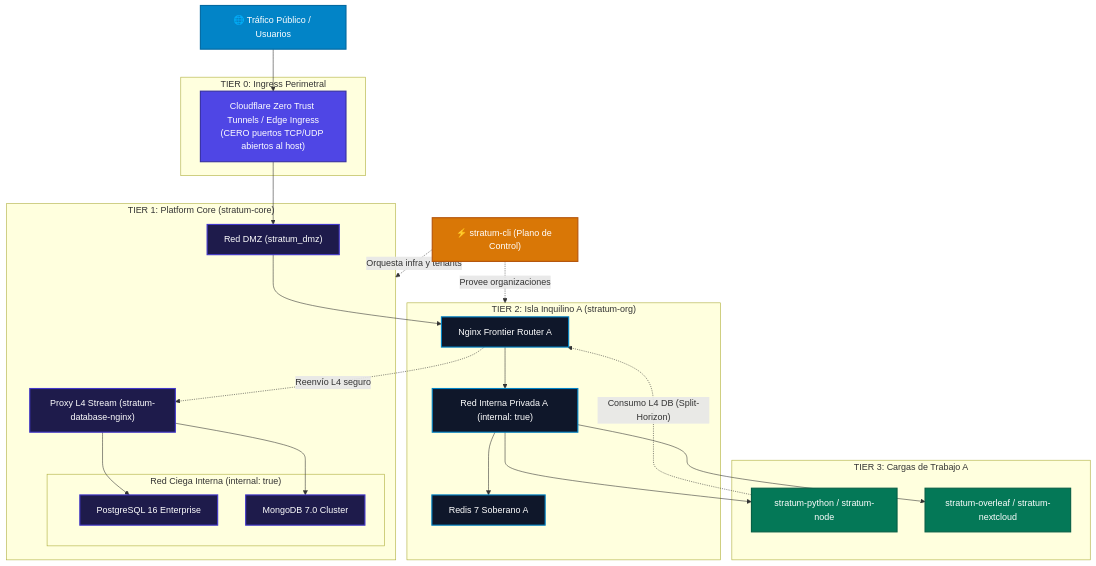
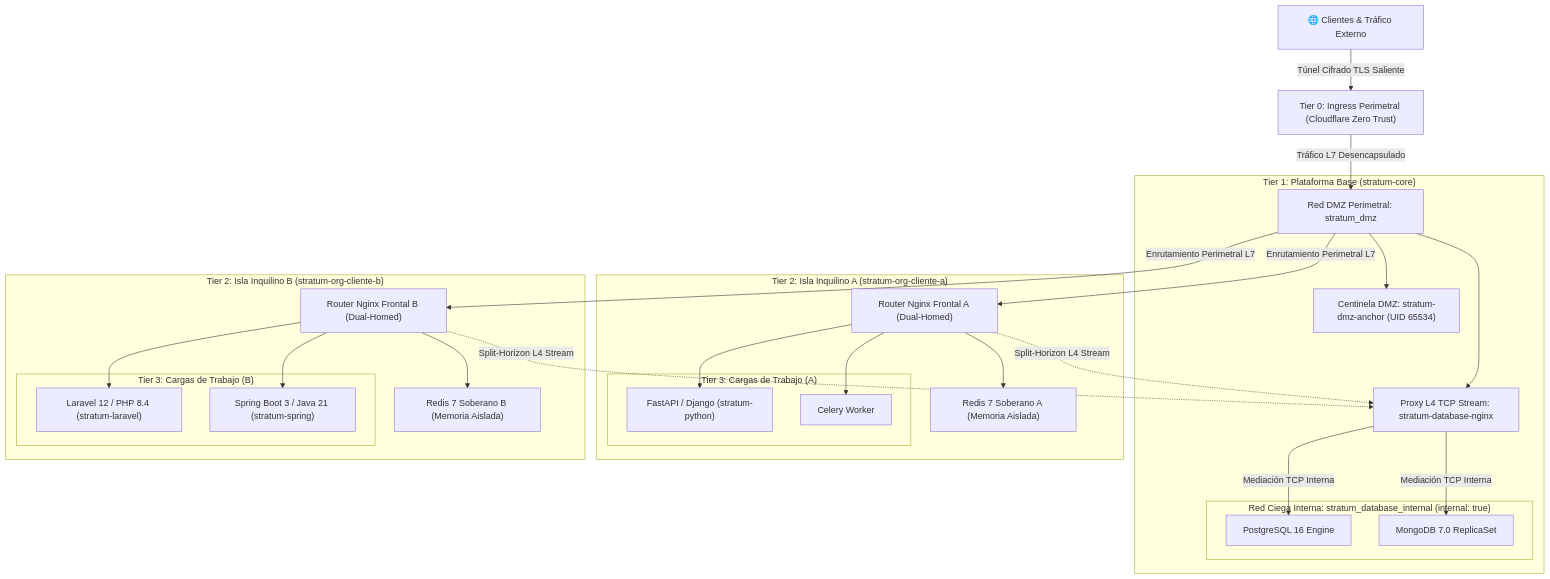
The first of 2 diagrams in README.md (isora-cloud-group/stratum-hub), drawn with Mermaid before and after one commit. The commit also changed other lines of this file and 6 other files, not shown here.

Commit message:
feat: release master architecture hub v2.0.0 with 4-tier zero-trust topology, ADRs, and decision guide

````diff
--- a/README.md
+++ b/README.md
@@ -82,52 +88,52 @@
 ```mermaid
 flowchart TD
-    classDef internet fill:#0284c7,stroke:#0369a1,stroke-width:2px,color:#fff;
-    classDef tier0 fill:#4f46e5,stroke:#3730a3,stroke-width:2px,color:#fff;
-    classDef tier1 fill:#1e1b4b,stroke:#4338ca,stroke-width:2px,color:#fff;
-    classDef tier2 fill:#0f172a,stroke:#0284c7,stroke-width:2px,color:#fff;
-    classDef tier3 fill:#047857,stroke:#065f46,stroke-width:2px,color:#fff;
-    classDef cli fill:#d97706,stroke:#b45309,stroke-width:2px,color:#fff;
-
-    USER["🌐 Tráfico Público / Usuarios"]:::internet
-    CLI["⚡ stratum-cli (Plano de Control)"]:::cli
-
-    subgraph TIER0 ["TIER 0: Ingress Perimetral"]
-        CF["Cloudflare Zero Trust Tunnels / Edge Ingress<br/>(CERO puertos TCP/UDP abiertos al host)"]:::tier0
+    EXT["🌐 Clientes & Tráfico Externo"] -->|"Túnel Cifrado TLS Saliente"| T0["Tier 0: Ingress Perimetral (Cloudflare Zero Trust)"]
+    
+    subgraph CorePlatform ["Tier 1: Plataforma Base (stratum-core)"]
+        DMZ["Red DMZ Perimetral: stratum_dmz"]
+        ANCHOR["Centinela DMZ: stratum-dmz-anchor (UID 65534)"]
+        L4PROXY["Proxy L4 TCP Stream: stratum-database-nginx"]
+        
+        subgraph BlindDataTier ["Red Ciega Interna: stratum_database_internal (internal: true)"]
+            PG["PostgreSQL 16 Engine"]
+            MONGO["MongoDB 7.0 ReplicaSet"]
+        end
+        
+        DMZ --> ANCHOR
+        DMZ --> L4PROXY
+        L4PROXY -->|"Mediación TCP Interna"| PG
+        L4PROXY -->|"Mediación TCP Interna"| MONGO
     end
 
-    subgraph TIER1 ["TIER 1: Platform Core (stratum-core)"]
-        DMZ["Red DMZ (stratum_dmz)"]:::tier1
-        PROXY_DB["Proxy L4 Stream (stratum-database-nginx)"]:::tier1
-        subgraph BLIND_DB ["Red Ciega Interna (internal: true)"]
-            PG["PostgreSQL 16 Enterprise"]:::tier1
-            MG["MongoDB 7.0 Cluster"]:::tier1
+    T0 -->|"Tráfico L7 Desencapsulado"| DMZ
+
+    subgraph OrgA ["Tier 2: Isla Inquilino A (stratum-org-cliente-a)"]
+        ROUTER_A["Router Nginx Frontal A (Dual-Homed)"]
+        REDIS_A["Redis 7 Soberano A (Memoria Aislada)"]
+        subgraph WorkloadsA ["Tier 3: Cargas de Trabajo (A)"]
+            W_A1["FastAPI / Django (stratum-python)"]
+            W_A2["Celery Worker"]
         end
+        ROUTER_A --> REDIS_A
+        ROUTER_A --> W_A1
+        ROUTER_A --> W_A2
     end
 
-    subgraph TIER2A ["TIER 2: Isla Inquilino A (stratum-org)"]
-        NGX_A["Nginx Frontier Router A"]:::tier2
-        REDIS_A["Redis 7 Soberano A"]:::tier2
-        NET_A["Red Interna Privada A (internal: true)"]:::tier2
+    subgraph OrgB ["Tier 2: Isla Inquilino B (stratum-org-cliente-b)"]
+        ROUTER_B["Router Nginx Frontal B (Dual-Homed)"]
+        REDIS_B["Redis 7 Soberano B (Memoria Aislada)"]
+        subgraph WorkloadsB ["Tier 3: Cargas de Trabajo (B)"]
+            W_B1["Laravel 12 / PHP 8.4 (stratum-laravel)"]
+            W_B2["Spring Boot 3 / Java 21 (stratum-spring)"]
+        end
+        ROUTER_B --> REDIS_B
+        ROUTER_B --> W_B1
+        ROUTER_B --> W_B2
     end
 
-    subgraph TIER3A ["TIER 3: Cargas de Trabajo A"]
-        W1["stratum-python / stratum-node"]:::tier3
-        W2["stratum-overleaf / stratum-nextcloud"]:::tier3
-    end
+    DMZ -->|"Enrutamiento Perimetral L7"| ROUTER_A
+    DMZ -->|"Enrutamiento Perimetral L7"| ROUTER_B
 
-    USER --> CF
-    CF --> DMZ
-    DMZ --> NGX_A
-    NGX_A --> NET_A
-    NET_A --> W1
-    NET_A --> W2
-    NET_A --> REDIS_A
-    
-    W1 -. Consumo L4 DB (Split-Horizon) .-> NGX_A
-    NGX_A -. Reenvío L4 seguro .-> PROXY_DB
-    PROXY_DB --> PG
-    PROXY_DB --> MG
-
-    CLI -. Orquesta infra y tenants .-> TIER1
-    CLI -. Provee organizaciones .-> TIER2A
+    ROUTER_A -.->|"Split-Horizon L4 Stream"| L4PROXY
+    ROUTER_B -.->|"Split-Horizon L4 Stream"| L4PROXY
 ```
````
